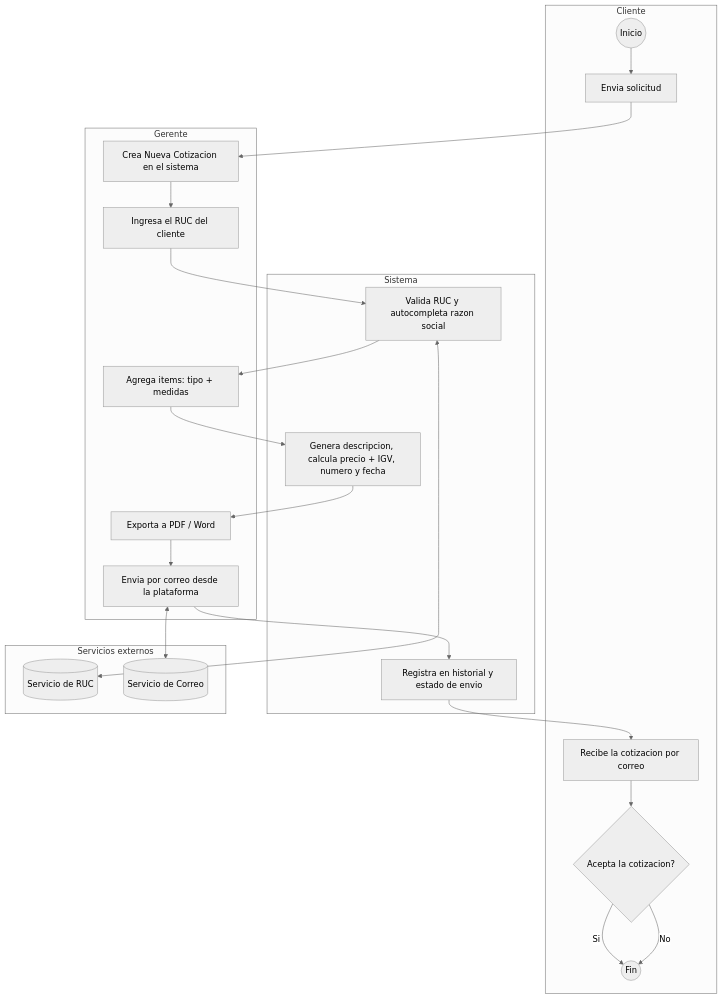
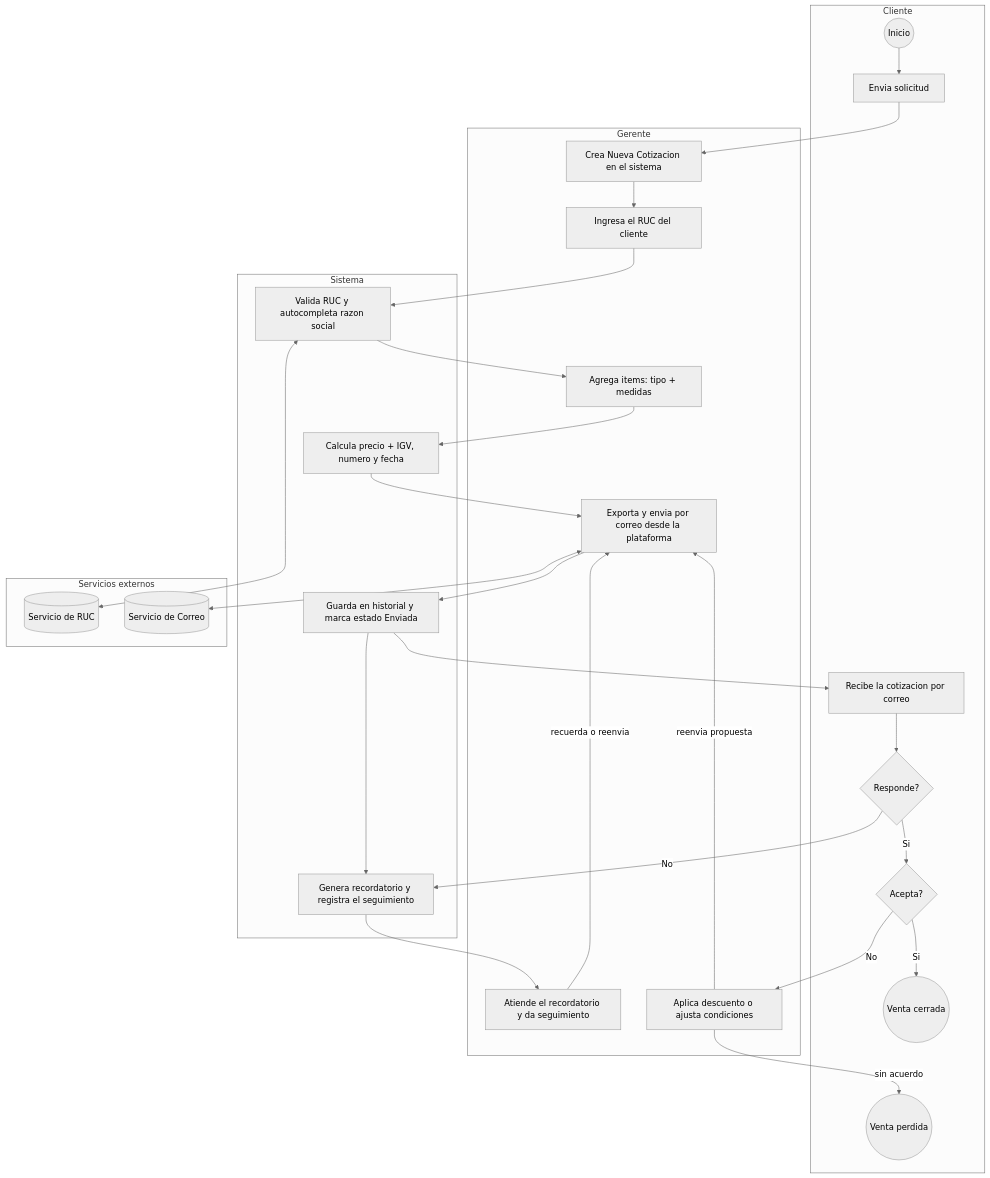
One commit to steveenmaque/InflesusventasPrototype changed the second of 3 diagrams in Documentacion/01_Desarrollo_Semanal/Semana_01_Introduccion/README.md. Above: the diagram before and after it, drawn with Mermaid (neutral theme). The commit also changed other lines of this file, not shown here.

````diff
--- a/Documentacion/01_Desarrollo_Semanal/Semana_01_Introduccion/README.md
+++ b/Documentacion/01_Desarrollo_Semanal/Semana_01_Introduccion/README.md
@@ -142,32 +154,42 @@
 ```mermaid
 flowchart TD
     subgraph Cliente
         A((Inicio)) --> B[Envia solicitud]
         P[Recibe la cotizacion por correo]
-        Q{Acepta la cotizacion?}
-        R((Fin))
+        Q{Responde?}
+        Q2{Acepta?}
+        R((Venta cerrada))
+        X((Venta perdida))
     end
     subgraph Gerente
         C[Crea Nueva Cotizacion en el sistema]
         D[Ingresa el RUC del cliente]
         E[Agrega items: tipo + medidas]
-        H[Exporta a PDF / Word]
-        I[Envia por correo desde la plataforma]
+        H[Exporta y envia por correo desde la plataforma]
+        S[Atiende el recordatorio y da seguimiento]
+        K[Aplica descuento o ajusta condiciones]
     end
     subgraph Sistema
         F[Valida RUC y autocompleta razon social]
-        G[Genera descripcion, calcula precio + IGV, numero y fecha]
-        J[Registra en historial y estado de envio]
+        G[Calcula precio + IGV, numero y fecha]
+        J[Guarda en historial y marca estado Enviada]
+        T[Genera recordatorio y registra el seguimiento]
     end
     subgraph Servicios_externos[Servicios externos]
         SR[(Servicio de RUC)]
         SC[(Servicio de Correo)]
     end
     B --> C --> D --> F
     F <--> SR
-    F --> E --> G --> H --> I
-    I <--> SC
-    I --> J --> P --> Q
-    Q -- Si --> R
-    Q -- No --> R
+    F --> E --> G --> H
+    H <--> SC
+    H --> J --> P --> Q
+    J --> T --> S
+    S -- recuerda o reenvia --> H
+    Q -- No --> T
+    Q -- Si --> Q2
+    Q2 -- Si --> R
+    Q2 -- No --> K
+    K -- reenvia propuesta --> H
+    K -- sin acuerdo --> X
 ```
````
